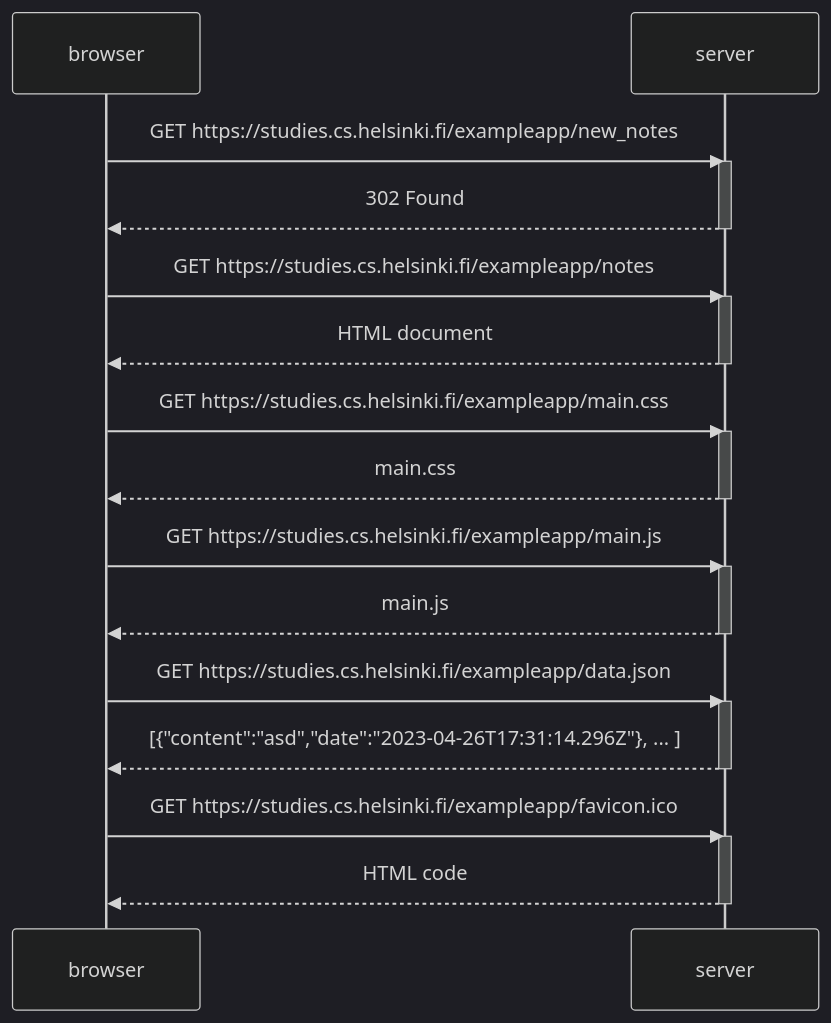
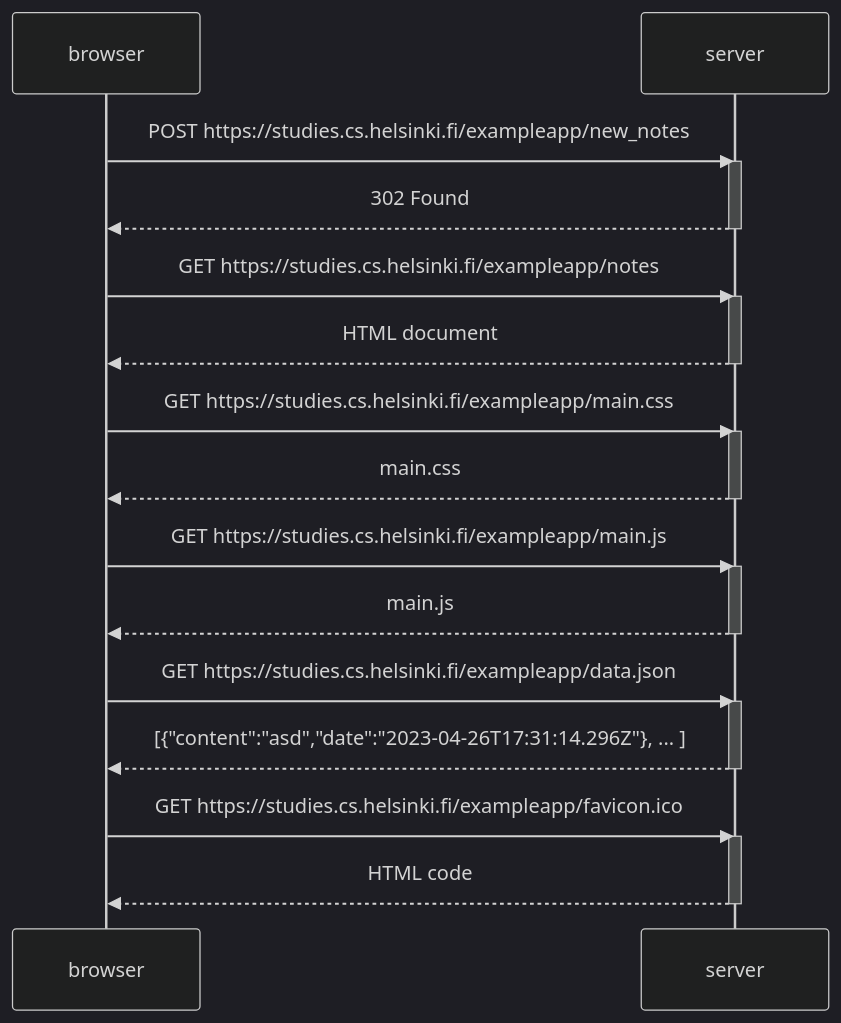
One commit to rimuhamu/fullstack-open changed the diagram in part0/0.4 New note.md. Above: the diagram before and after it, drawn with Mermaid (dark theme).

Commit message:
Update 0.4 New note.md

````diff
--- a/part0/0.4 New note.md
+++ b/part0/0.4 New note.md
@@ -1,36 +1,36 @@
 ```mermaid
 sequenceDiagram
     participant browser
     participant server
 
-    browser->>server: GET https://studies.cs.helsinki.fi/exampleapp/new_notes
+    browser->>server: POST https://studies.cs.helsinki.fi/exampleapp/new_notes
     activate server
     server-->>browser: 302 Found
     deactivate server
 
     browser->>server: GET https://studies.cs.helsinki.fi/exampleapp/notes
     activate server
     server-->>browser: HTML document
     deactivate server
 
     browser->>server: GET https://studies.cs.helsinki.fi/exampleapp/main.css
     activate server
     server-->>browser: main.css
     deactivate server
     
     browser->>server: GET https://studies.cs.helsinki.fi/exampleapp/main.js
     activate server
     server-->>browser: main.js
     deactivate server
 
     browser->>server: GET https://studies.cs.helsinki.fi/exampleapp/data.json
     activate server
     server-->>browser: [{"content":"asd","date":"2023-04-26T17:31:14.296Z"}, ... ]
     deactivate server
     
     browser->>server: GET https://studies.cs.helsinki.fi/exampleapp/favicon.ico
     activate server
     server-->>browser: HTML code
     deactivate server
 
 ```
````
